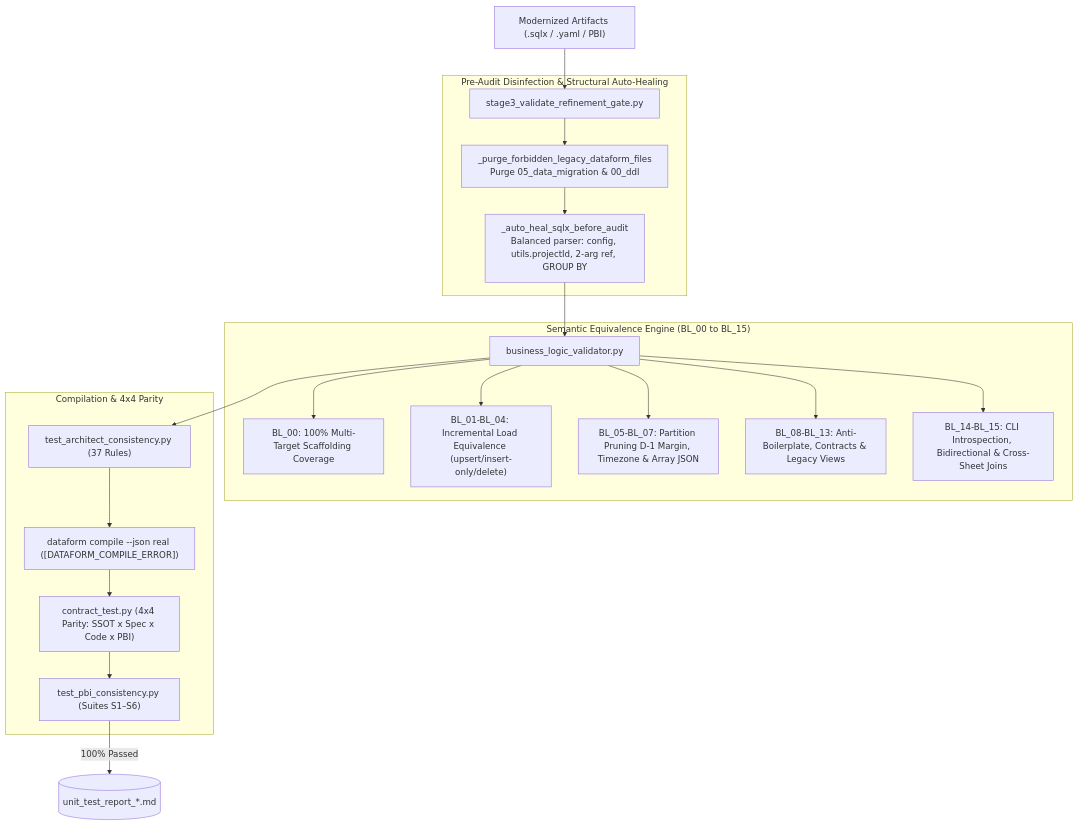
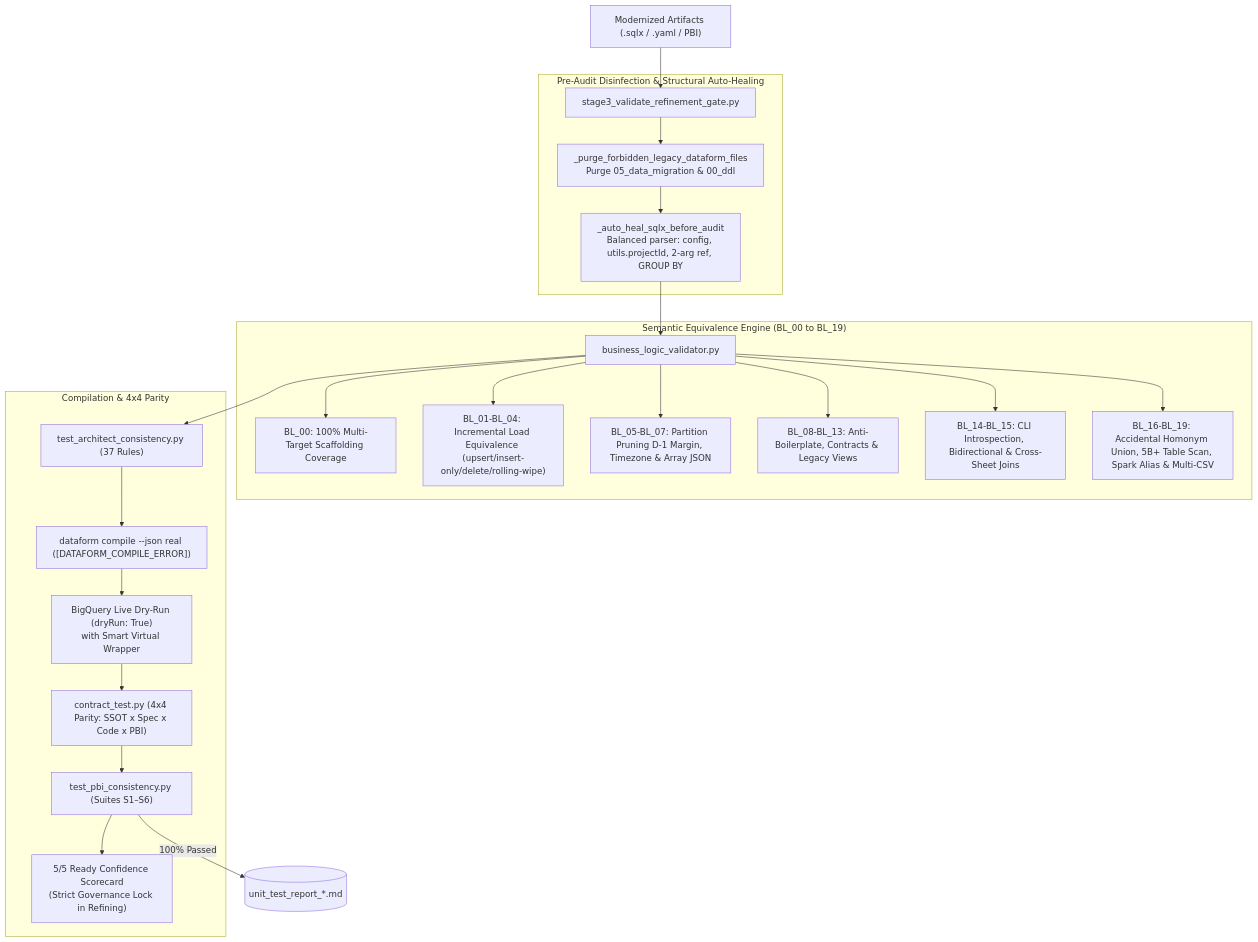
Before and after one commit to mvsimao/agent-skills: the third of 5 diagrams in README.md, drawn with Mermaid. The commit also changed other lines of this file and 10 other files, not shown here.

First line of the commit message:
feat: implement Wave 1-3 enterprise refinements (BL_00-BL_19, BigQuery live dry-run, gemini-3.8-flash self-healing)

````diff
--- a/README.md
+++ b/README.md
@@ -213,27 +221,30 @@
 ```mermaid
 flowchart TD
     ARTIFACTS["Modernized Artifacts (.sqlx / .yaml / PBI)"] --> GATE_RUN["stage3_validate_refinement_gate.py"]
     
     subgraph STAGE_3A["Pre-Audit Disinfection & Structural Auto-Healing"]
         GATE_RUN --> PURGE["_purge_forbidden_legacy_dataform_files\nPurge 05_data_migration & 00_ddl"]
         PURGE --> HEAL["_auto_heal_sqlx_before_audit\nBalanced parser: config, utils.projectId, 2-arg ref, GROUP BY"]
     end
 
-    subgraph STAGE_3B["Semantic Equivalence Engine (BL_00 to BL_15)"]
+    subgraph STAGE_3B["Semantic Equivalence Engine (BL_00 to BL_19)"]
         HEAL --> BL_ENG["business_logic_validator.py"]
         BL_ENG --> BL1["BL_00: 100% Multi-Target Scaffolding Coverage"]
-        BL_ENG --> BL2["BL_01-BL_04: Incremental Load Equivalence (upsert/insert-only/delete)"]
+        BL_ENG --> BL2["BL_01-BL_04: Incremental Load Equivalence (upsert/insert-only/delete/rolling-wipe)"]
         BL_ENG --> BL3["BL_05-BL_07: Partition Pruning D-1 Margin, Timezone & Array JSON"]
         BL_ENG --> BL4["BL_08-BL_13: Anti-Boilerplate, Contracts & Legacy Views"]
         BL_ENG --> BL5["BL_14-BL_15: CLI Introspection, Bidirectional & Cross-Sheet Joins"]
+        BL_ENG --> BL6["BL_16-BL_19: Accidental Homonym Union, 5B+ Table Scan, Spark Alias & Multi-CSV"]
     end
 
     subgraph STAGE_3C["Compilation & 4x4 Parity"]
         BL_ENG --> ARCH["test_architect_consistency.py (37 Rules)"]
         ARCH --> DF["dataform compile --json real ([DATAFORM_COMPILE_ERROR])"]
-        DF --> P4X4["contract_test.py (4x4 Parity: SSOT x Spec x Code x PBI)"]
+        DF --> DR["BigQuery Live Dry-Run (dryRun: True)\nwith Smart Virtual Wrapper"]
+        DR --> P4X4["contract_test.py (4x4 Parity: SSOT x Spec x Code x PBI)"]
         P4X4 --> S_SUITES["test_pbi_consistency.py (Suites S1–S6)"]
+        S_SUITES --> SC["5/5 Ready Confidence Scorecard\n(Strict Governance Lock in Refining)"]
     end
 
     S_SUITES -->|100% Passed| REPORT[("unit_test_report_*.md")]
 ```
````
